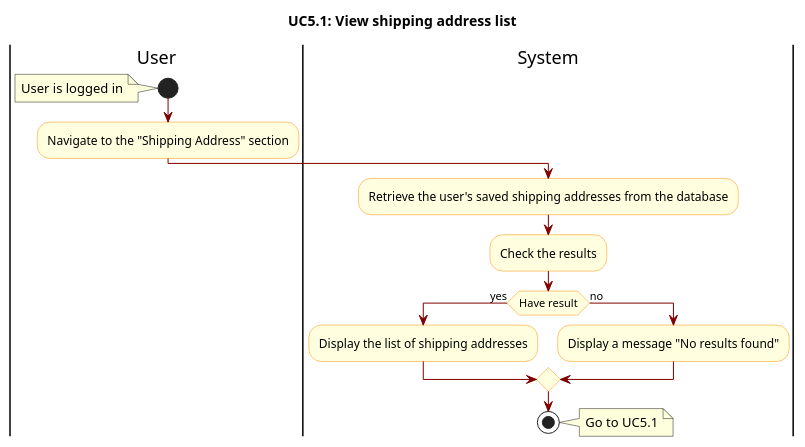
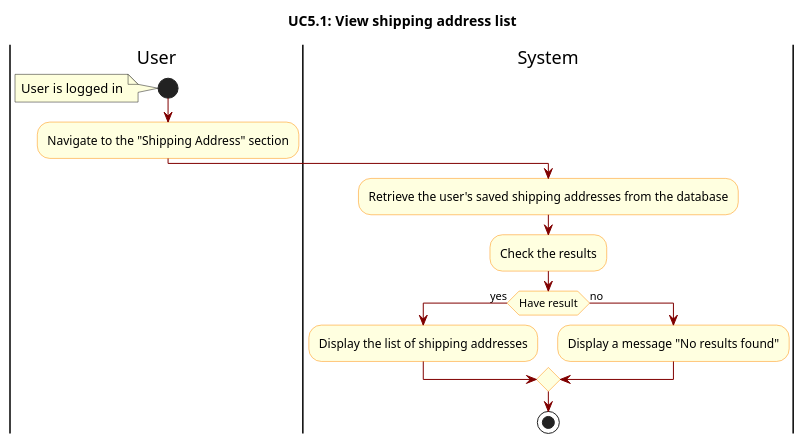
One commit to hiusnguyen201/BE_ClothingShop changed the diagram in docs/activity diagram/UC5.1-ViewShippingAddressList.wsd. Above: the diagram before and after it, drawn with PlantUML. The commit also changed 79 other files, not shown here.

Commit message:
#73 thuongbsls2004 fix activity diagram

```diff
--- a/docs/activity diagram/UC5.1-ViewShippingAddressList.wsd
+++ b/docs/activity diagram/UC5.1-ViewShippingAddressList.wsd
@@ -1,31 +1,28 @@
 @startuml
 
 skinparam ActivityBackgroundColor LightYellow
 skinparam ActivityBorderColor DarkOrange
 skinparam ArrowColor Maroon
 
 title UC5.1: View shipping address list
 
 |User|
 start
 note left
     User is logged in
 end note
 :Navigate to the "Shipping Address" section;
 
 |System|
 :Retrieve the user's saved shipping addresses from the database;
 :Check the results;
 
 if(Have result) then(yes)
     :Display the list of shipping addresses;
 else(no)
     :Display a message "No results found";
 endif
 
 stop
-note right
-    Go to UC5.1
-end note
 
 @enduml
```
